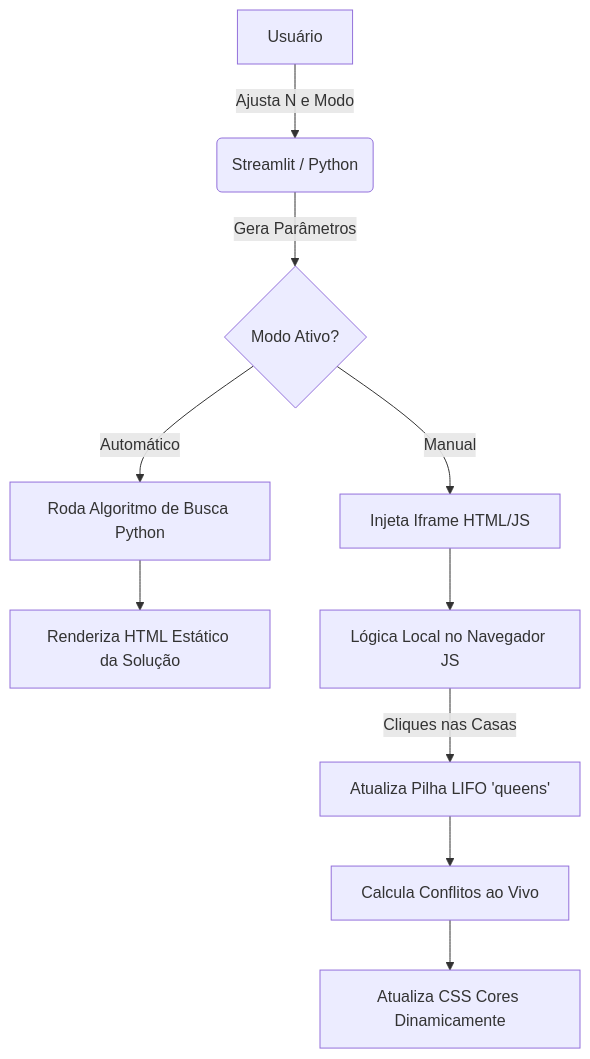
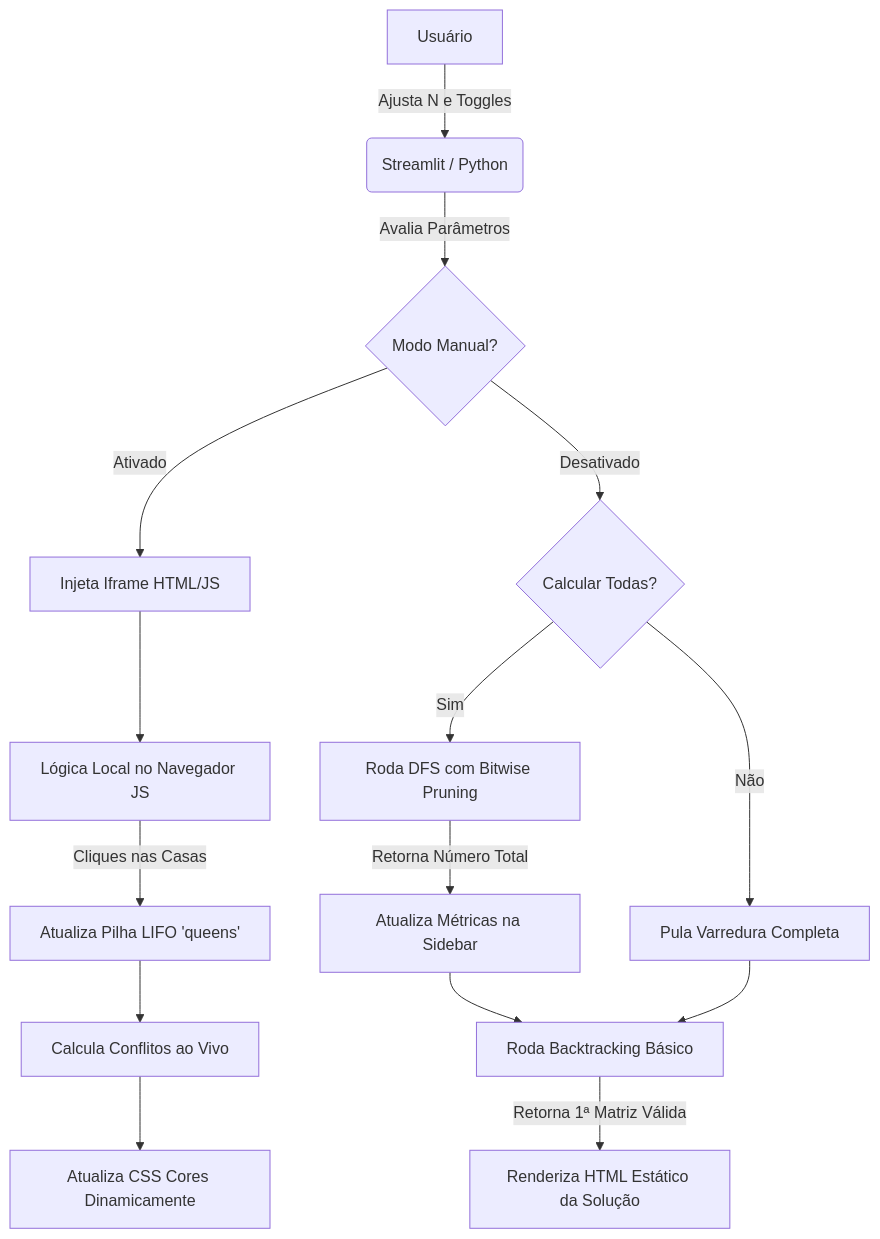
The diagram in README.md (LuanVitorCD/IA_ProblemaNRainhas), drawn with Mermaid before and after one commit. The commit also changed other lines of this file, not shown here.

Commit message:
docs: improve readme at the project organization and architecture sections

````diff
--- a/README.md
+++ b/README.md
@@ -63,12 +65,20 @@
 ```mermaid
 graph TD
-    A[Usuário] -->|Ajusta N e Modo| B(Streamlit / Python)
-    B -->|Gera Parâmetros| C{Modo Ativo?}
-    C -->|Automático| D[Roda Algoritmo de Busca Python]
-    C -->|Manual| E[Injeta Iframe HTML/JS]
-    D --> F[Renderiza HTML Estático da Solução]
+    A[Usuário] -->|Ajusta N e Toggles| B(Streamlit / Python)
+    B -->|Avalia Parâmetros| C{Modo Manual?}
+    
+    C -->|Ativado| E[Injeta Iframe HTML/JS]
     E --> G[Lógica Local no Navegador JS]
     G -->|Cliques nas Casas| H[Atualiza Pilha LIFO 'queens']
     H --> I[Calcula Conflitos ao Vivo]
     I --> J[Atualiza CSS Cores Dinamicamente]
+
+    C -->|Desativado| D{Calcular Todas?}
+    D -->|Sim| K[Roda DFS com Bitwise Pruning]
+    K -->|Retorna Número Total| L[Atualiza Métricas na Sidebar]
+    D -->|Não| M[Pula Varredura Completa]
+    
+    L --> N[Roda Backtracking Básico]
+    M --> N
+    N -->|Retorna 1ª Matriz Válida| F[Renderiza HTML Estático da Solução]
 ```
````
